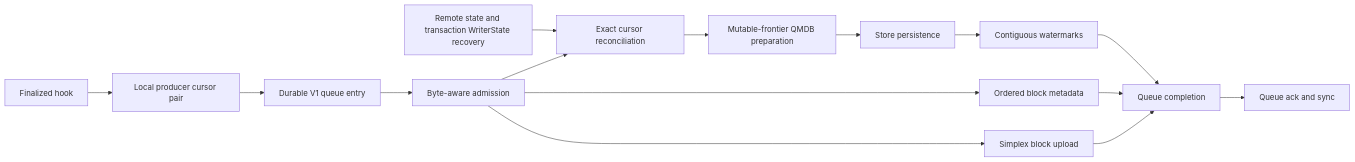
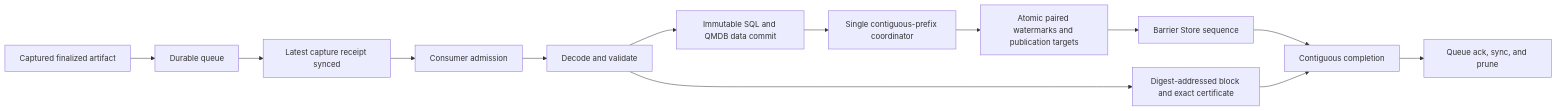
The diagram in crates/indexer/DURABLE_QUEUE.md (commonwarexyz/constantinople), drawn with Mermaid before and after one commit. The commit also changed other lines of this file and 49 other files, not shown here.

Commit message:
durable queue redesign spike

````diff
--- a/crates/indexer/DURABLE_QUEUE.md
+++ b/crates/indexer/DURABLE_QUEUE.md
@@ -108,17 +309,15 @@
 ```mermaid
 flowchart LR
-    F[Finalized hook] --> C[Local producer cursor pair]
-    C --> Q[Durable V1 queue entry]
-    Q --> A[Byte-aware admission]
-    R[Remote state and transaction WriterState recovery] --> X[Exact cursor reconciliation]
-    A --> X
-    X --> P[Mutable-frontier QMDB preparation]
-    P --> S[Store persistence]
-    S --> W[Contiguous watermarks]
-    A --> M[Ordered block metadata]
-    A --> B[Simplex block upload]
-    W --> D[Queue completion]
-    M --> D
-    B --> D
-    D --> K[Queue ack and sync]
+    A[Captured finalized artifact] --> Q[Durable queue]
+    Q --> R[Latest capture receipt synced]
+    R --> G[Consumer admission]
+    G --> V[Decode and validate]
+    V --> D[Immutable SQL and QMDB data commit]
+    D --> C[Single contiguous-prefix coordinator]
+    C --> B[Atomic paired watermarks and publication targets]
+    B --> X[Barrier Store sequence]
+    V --> S[Digest-addressed block and exact certificate]
+    X --> K[Contiguous completion]
+    S --> K
+    K --> P[Queue ack, sync, and prune]
 ```
````
